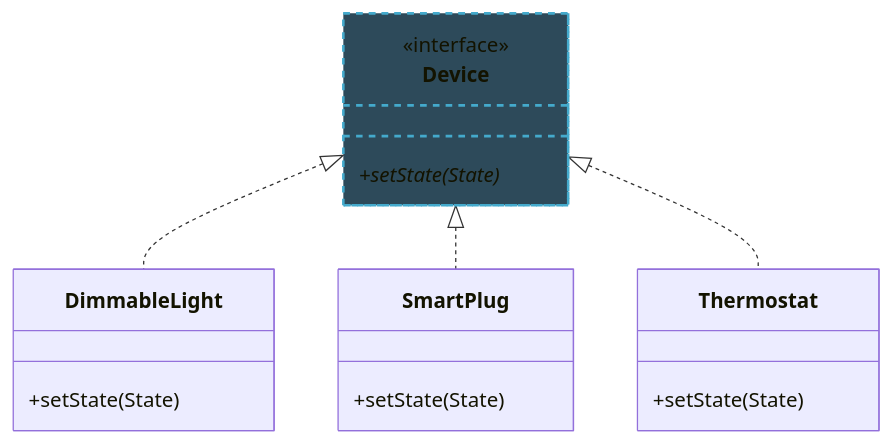
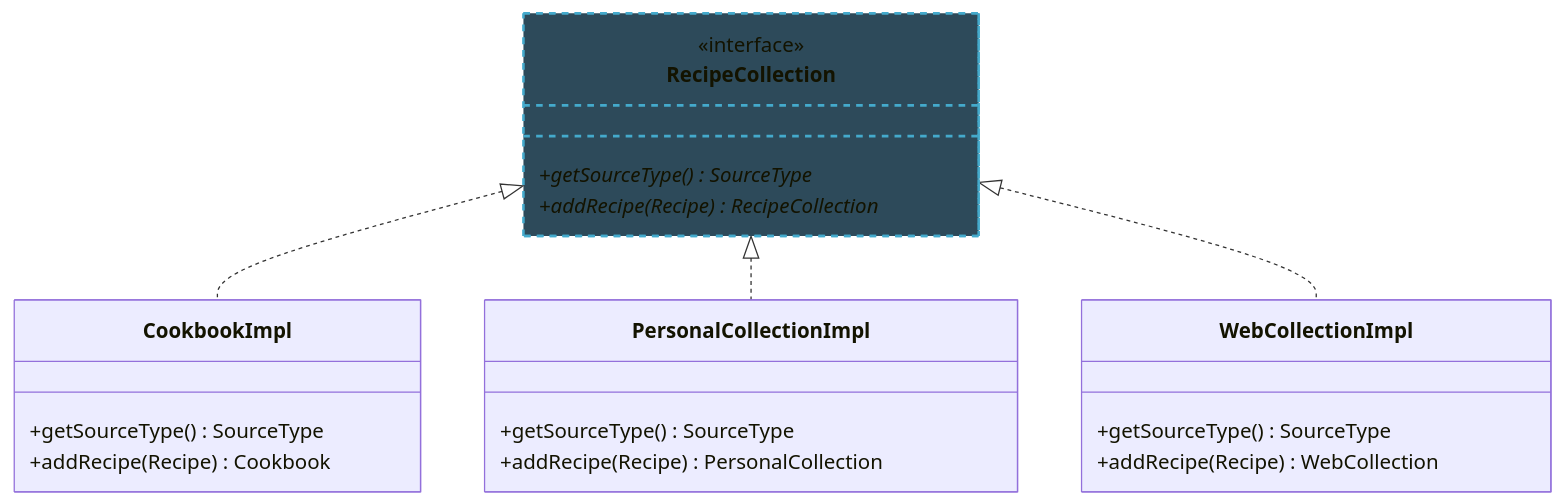
The second of 7 diagrams in lecture-slides/l14-program-understanding.mdx (neu-pdi/cs3100-public-resources), drawn with Mermaid before and after one commit. The commit also changed other lines of this file, not shown here.

First line of the commit message:
Add A3 class diagram to Building Mental Models slide

````diff
--- a/lecture-slides/l14-program-understanding.mdx
+++ b/lecture-slides/l14-program-understanding.mdx
@@ -612,21 +598,25 @@
 ```mermaid
 classDiagram
-    class Device {
+    class RecipeCollection {
         <<interface>>
-        +setState(State)*
+        +getSourceType() SourceType*
+        +addRecipe(Recipe) RecipeCollection*
     }
-    class DimmableLight {
-        +setState(State)
+    class CookbookImpl {
+        +getSourceType() SourceType
+        +addRecipe(Recipe) Cookbook
     }
-    class SmartPlug {
-        +setState(State)
+    class PersonalCollectionImpl {
+        +getSourceType() SourceType
+        +addRecipe(Recipe) PersonalCollection
     }
-    class Thermostat {
-        +setState(State)
+    class WebCollectionImpl {
+        +getSourceType() SourceType
+        +addRecipe(Recipe) WebCollection
     }
-    Device <|.. DimmableLight
-    Device <|.. SmartPlug
-    Device <|.. Thermostat
+    RecipeCollection <|.. CookbookImpl
+    RecipeCollection <|.. PersonalCollectionImpl
+    RecipeCollection <|.. WebCollectionImpl
 
-    style Device fill:#2d4a5a,stroke:#4ac,stroke-width:2px,stroke-dasharray: 5 5
+    style RecipeCollection fill:#2d4a5a,stroke:#4ac,stroke-width:2px,stroke-dasharray: 5 5
 ```
````
